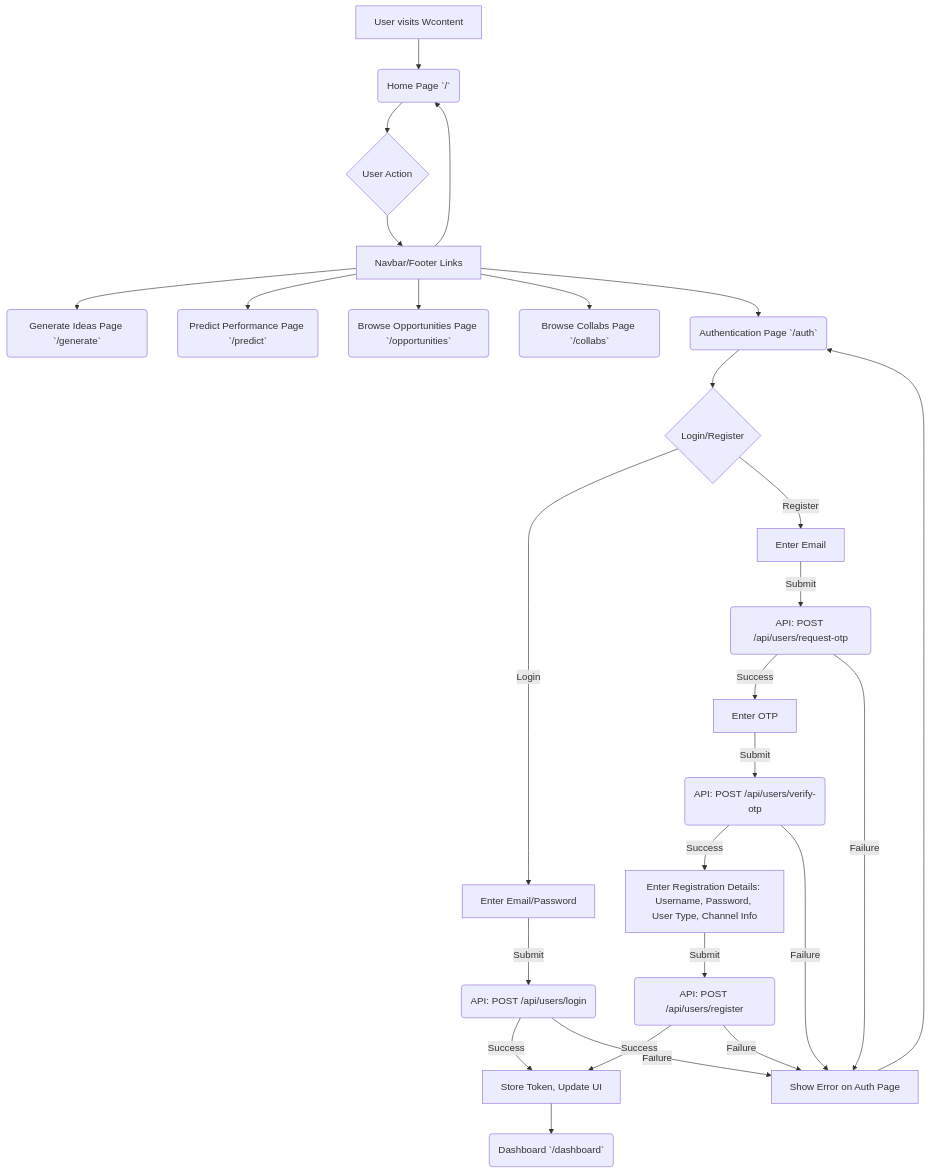
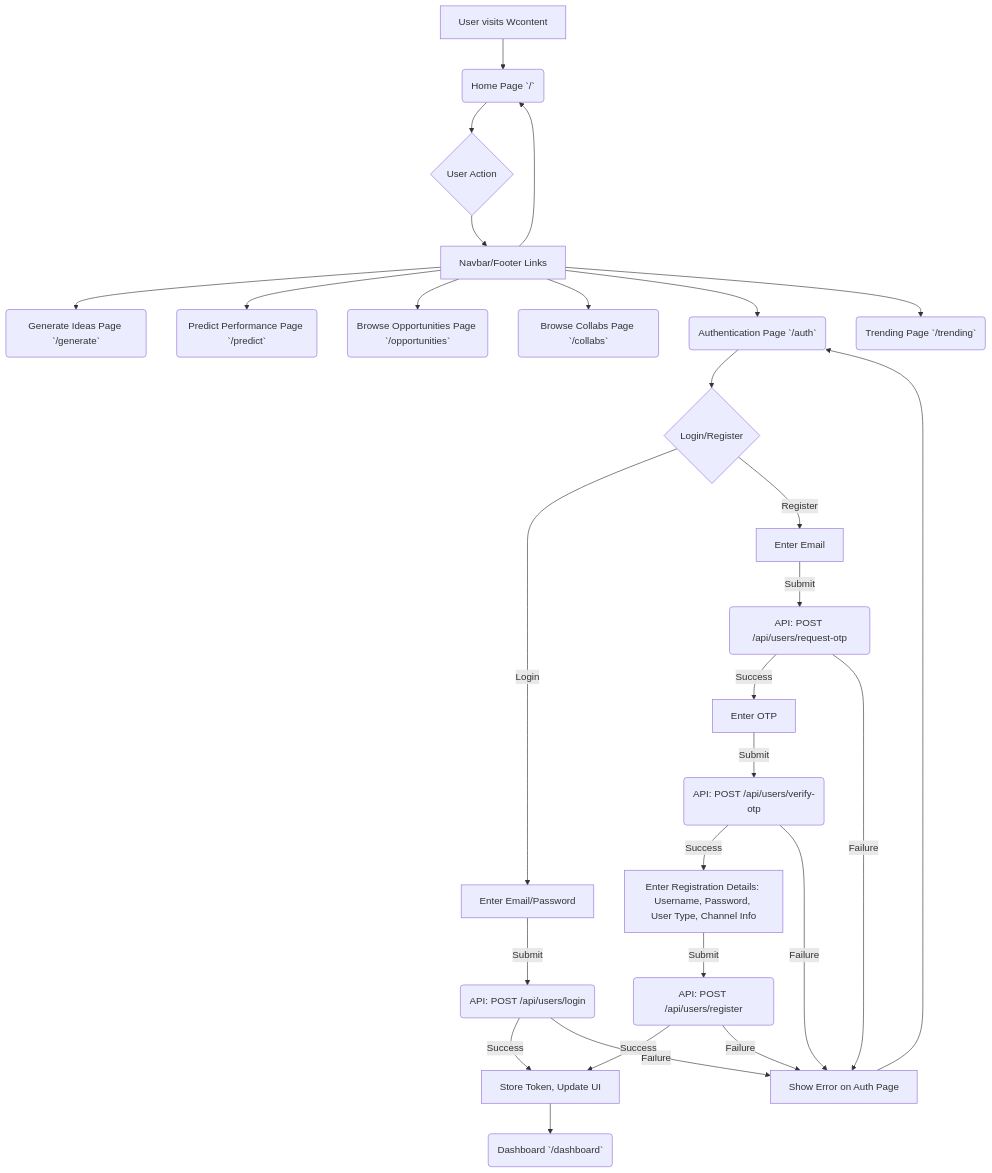
The first of 7 diagrams in wcontent_flowchart.md (thakurabhishekgit/Wcontent-New), drawn with Mermaid before and after one commit. The commit also changed other lines of this file and 1 other file, not shown here.

````diff
--- a/wcontent_flowchart.md
+++ b/wcontent_flowchart.md
@@ -8,33 +8,34 @@
 ```mermaid
 graph TD
     A[User visits Wcontent] --> B(Home Page `/`);
 
     B --> C{User Action};
     C --> D[Navbar/Footer Links];
     D --> E(Generate Ideas Page `/generate`);
     D --> F(Predict Performance Page `/predict`);
     D --> G(Browse Opportunities Page `/opportunities`);
     D --> H(Browse Collabs Page `/collabs`);
     D --> I(Authentication Page `/auth`);
+    D --> TrendPage(Trending Page `/trending`);
     D --> B;
 
 
     I --> J{Login/Register};
     J -- Login --> K[Enter Email/Password];
     K -- Submit --> L(API: POST /api/users/login);
     L -- Success --> M[Store Token, Update UI];
     M --> N(Dashboard `/dashboard`);
     L -- Failure --> O[Show Error on Auth Page];
     O --> I;
 
     J -- Register --> P[Enter Email];
     P -- Submit --> Q(API: POST /api/users/request-otp);
     Q -- Success --> R[Enter OTP];
     R -- Submit --> S(API: POST /api/users/verify-otp);
     S -- Success --> T[Enter Registration Details: Username, Password, User Type, Channel Info];
     T -- Submit --> U(API: POST /api/users/register);
     U -- Success --> M;
     Q -- Failure --> O;
     S -- Failure --> O;
     U -- Failure --> O;
 ```
````
